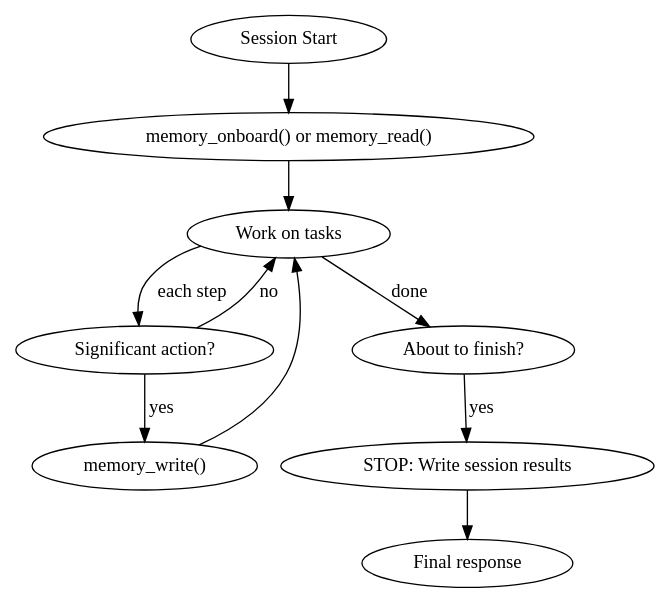
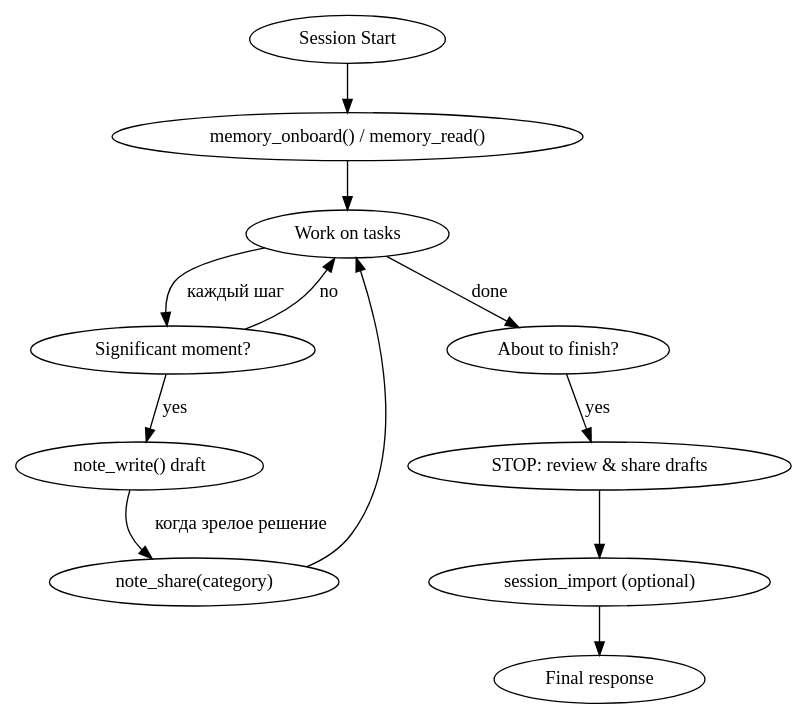
Before and after one commit to Antony-A-tech/MCP-Team-memory: the diagram in skills/using-team-memory/SKILL.md, drawn with Graphviz. The commit also changed other lines of this file and 5 other files, not shown here.

````diff
--- a/skills/using-team-memory/SKILL.md
+++ b/skills/using-team-memory/SKILL.md
@@ -14,14 +16,16 @@
 ```dot
 digraph session {
   rankdir=TB;
-  "Session Start" -> "memory_onboard() or memory_read()";
-  "memory_onboard() or memory_read()" -> "Work on tasks";
-  "Work on tasks" -> "Significant action?" [label="each step"];
-  "Significant action?" -> "memory_write()" [label="yes"];
-  "Significant action?" -> "Work on tasks" [label="no"];
-  "memory_write()" -> "Work on tasks";
+  "Session Start" -> "memory_onboard() / memory_read()";
+  "memory_onboard() / memory_read()" -> "Work on tasks";
+  "Work on tasks" -> "Significant moment?" [label="каждый шаг"];
+  "Significant moment?" -> "note_write() draft" [label="yes"];
+  "Significant moment?" -> "Work on tasks" [label="no"];
+  "note_write() draft" -> "note_share(category)" [label="когда зрелое решение"];
+  "note_share(category)" -> "Work on tasks";
   "Work on tasks" -> "About to finish?" [label="done"];
-  "About to finish?" -> "STOP: Write session results" [label="yes"];
-  "STOP: Write session results" -> "Final response";
+  "About to finish?" -> "STOP: review & share drafts" [label="yes"];
+  "STOP: review & share drafts" -> "session_import (optional)";
+  "session_import (optional)" -> "Final response";
 }
 ```
````
